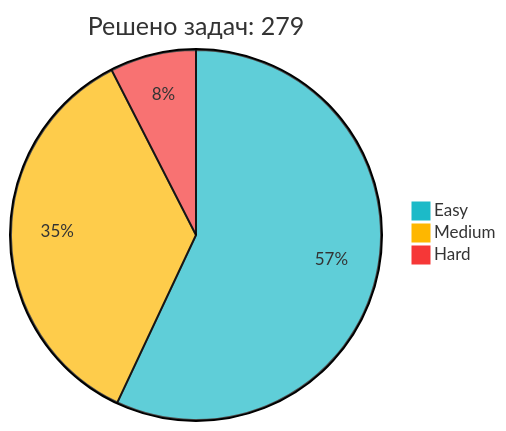
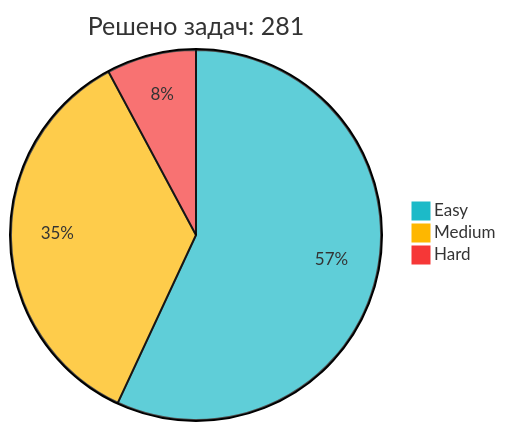
Before and after one commit to IliaKurdukov/IliaKurdukov: the diagram in README.md, drawn with Mermaid. The commit also changed other lines of this file, not shown here.

Commit message:
📈 Обновление статистики LeetCode

````diff
--- a/README.md
+++ b/README.md
@@ -51,7 +51,7 @@
 ```mermaid
 %%{init: {'theme': 'base', 'themeVariables': { 'pie1': '#1CBAC8', 'pie2': '#FEB700', 'pie3': '#F63737' }, 'config': {'width': 300, 'height': 200}}}%%
-pie title Решено задач: 279
-   "Easy" : 159
+pie title Решено задач: 281
+   "Easy" : 160
    "Medium" : 99
-   "Hard" : 21
+   "Hard" : 22
 ```
````
